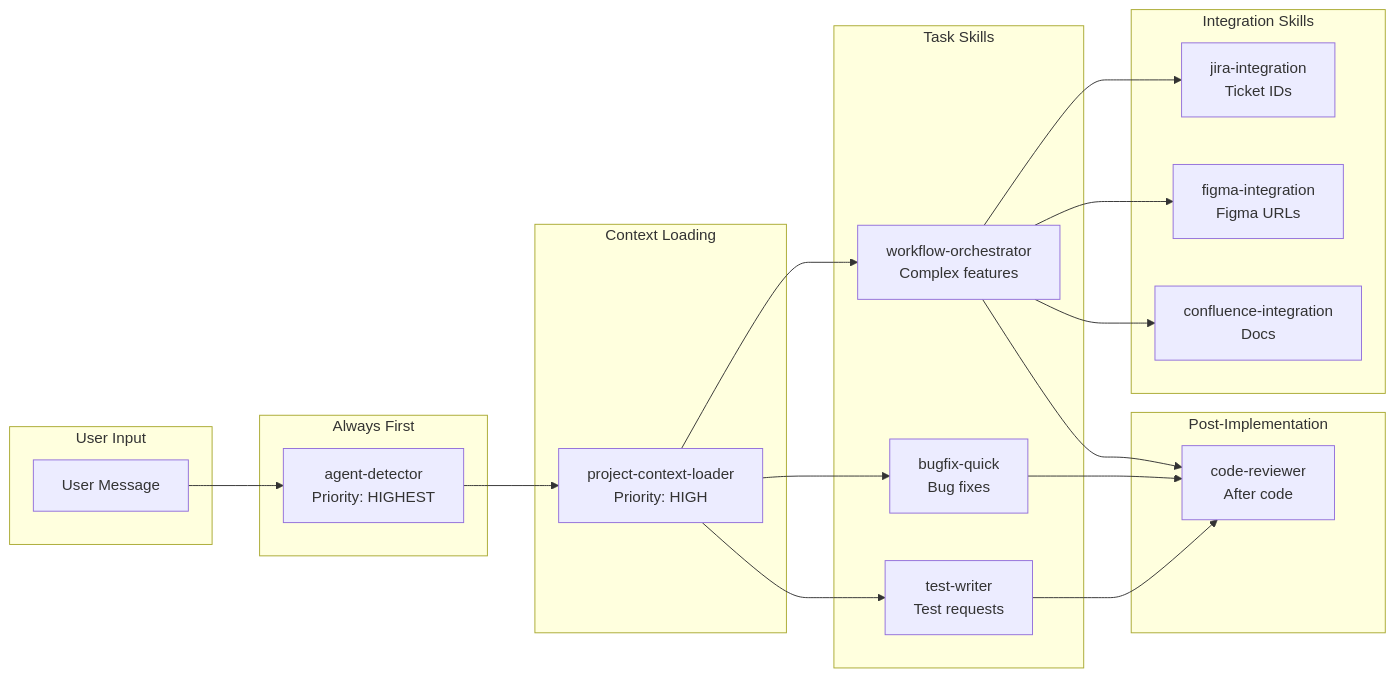
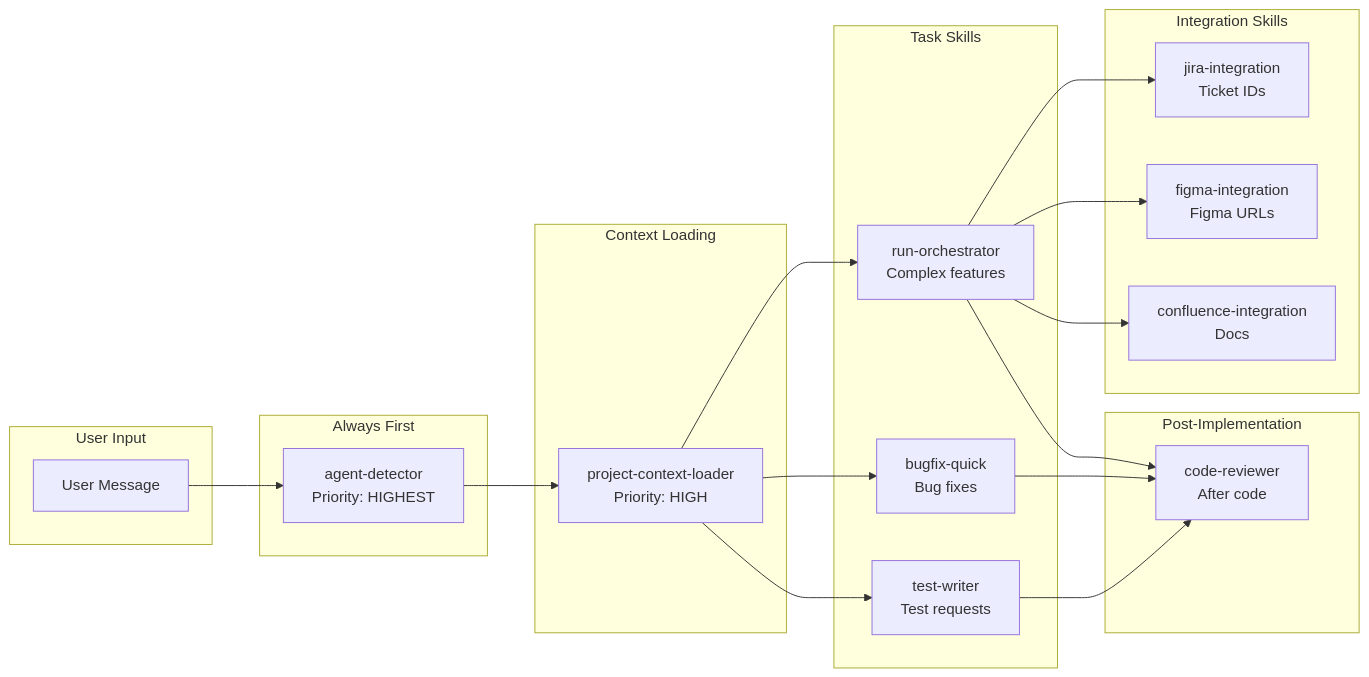
One commit to nguyenthienthanh/aura-frog changed the second of 20 diagrams in docs/architecture/WORKFLOW_DIAGRAMS.md. Above: the diagram before and after it, drawn with Mermaid. The commit also changed other lines of this file and 127 other files, not shown here.

````diff
--- a/docs/architecture/WORKFLOW_DIAGRAMS.md
+++ b/docs/architecture/WORKFLOW_DIAGRAMS.md
@@ -106,42 +106,42 @@
 ```mermaid
 graph LR
     subgraph "User Input"
         MSG[User Message]
     end
 
     subgraph "Always First"
         AD[agent-detector<br/>Priority: HIGHEST]
     end
 
     subgraph "Context Loading"
         PCL[project-context-loader<br/>Priority: HIGH]
     end
 
     subgraph "Task Skills"
-        WO[workflow-orchestrator<br/>Complex features]
+        WO[run-orchestrator<br/>Complex features]
         BF[bugfix-quick<br/>Bug fixes]
         TW[test-writer<br/>Test requests]
     end
 
     subgraph "Integration Skills"
         JI[jira-integration<br/>Ticket IDs]
         FI[figma-integration<br/>Figma URLs]
         CI[confluence-integration<br/>Docs]
     end
 
     subgraph "Post-Implementation"
         CR[code-reviewer<br/>After code]
     end
 
     MSG --> AD
     AD --> PCL
     PCL --> WO
     PCL --> BF
     PCL --> TW
     WO --> JI
     WO --> FI
     WO --> CI
     WO --> CR
     BF --> CR
     TW --> CR
 ```
````
